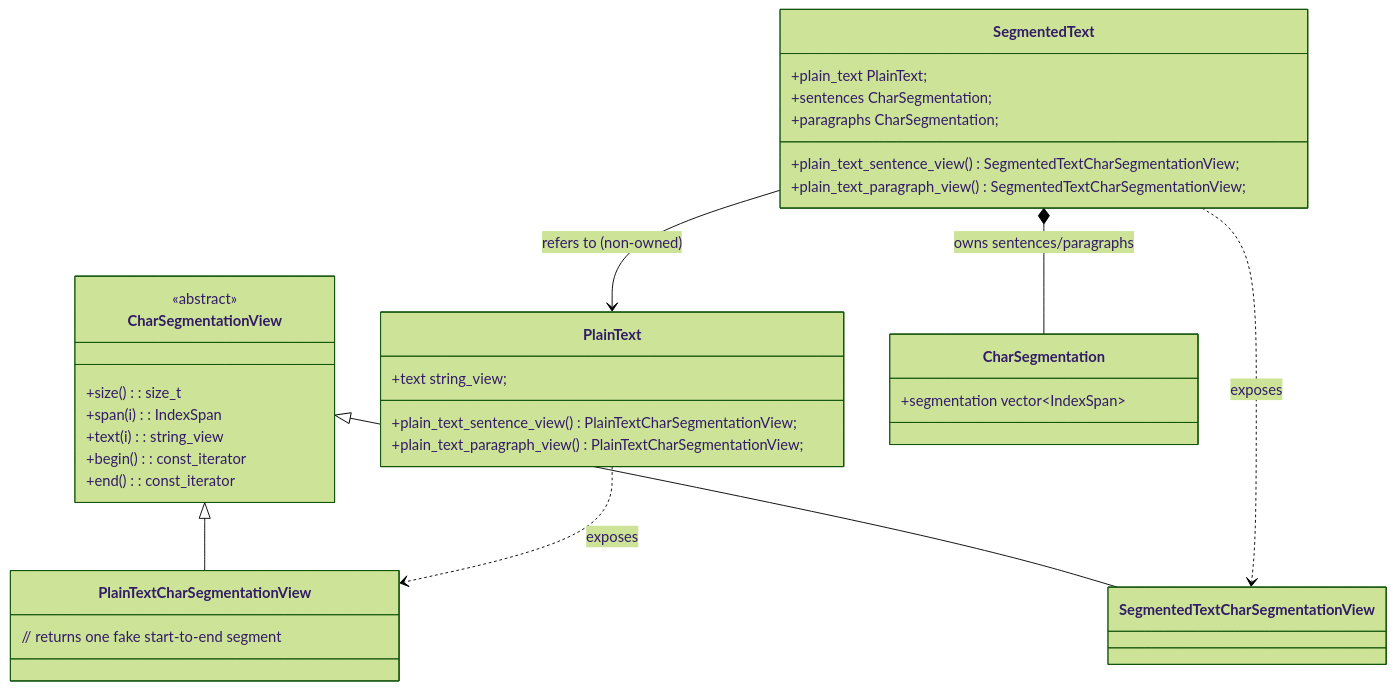
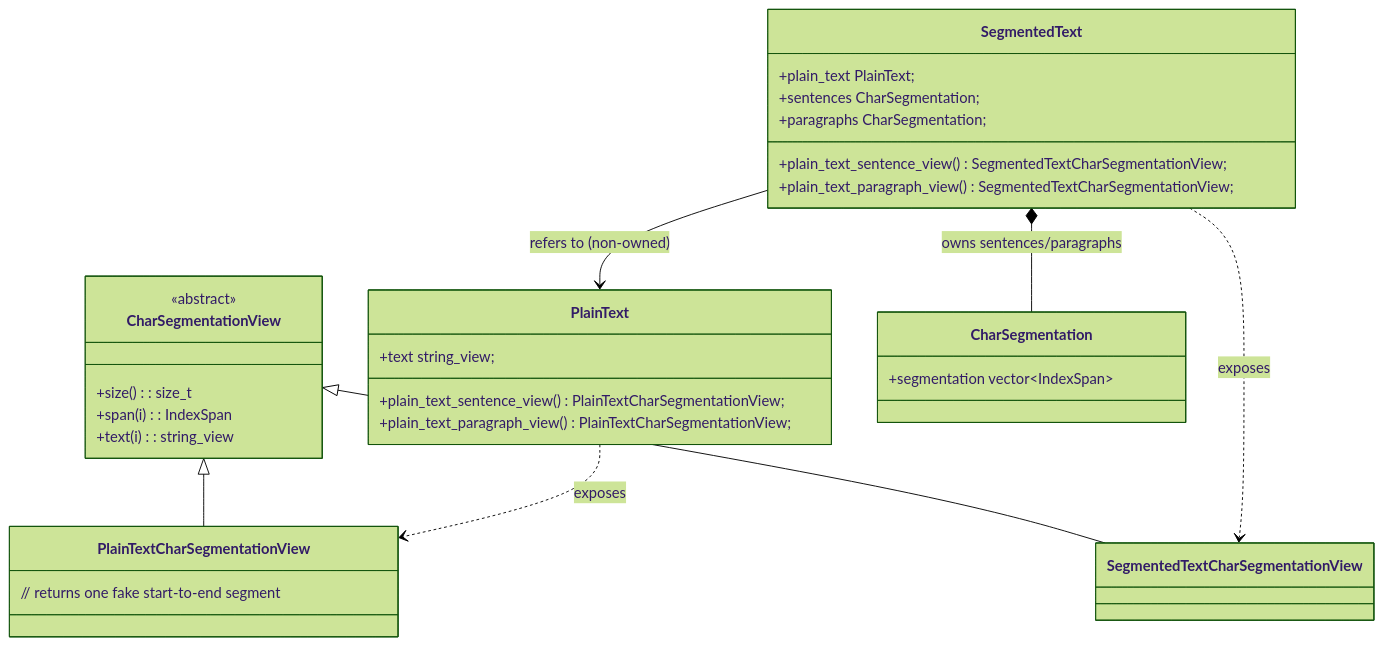
Before and after one commit to ufal/linpipe: the third of 4 diagrams in docs/src/dev/segmentation_tokenization.md, drawn with Mermaid (forest theme). The commit also changed other lines of this file, not shown here.

````diff
--- a/docs/src/dev/segmentation_tokenization.md
+++ b/docs/src/dev/segmentation_tokenization.md
@@ -77,45 +77,43 @@
 ```mermaid
 classDiagram
     class CharSegmentationView {
         <<abstract>>
 
         +size(): size_t
         +span(i): IndexSpan
         +text(i): string_view
-        +begin(): const_iterator
-        +end(): const_iterator
     }
 
     class PlainTextCharSegmentationView {
         // returns one fake start-to-end segment
     }
 
     class SegmentedTextCharSegmentationView {
     }
 
     CharSegmentationView <|-- PlainTextCharSegmentationView
     CharSegmentationView <|-- SegmentedTextCharSegmentationView
 
     class PlainText {
         +text string_view;
         +plain_text_sentence_view() PlainTextCharSegmentationView;
         +plain_text_paragraph_view() PlainTextCharSegmentationView;
     }
 
     class CharSegmentation {
         +segmentation vector~IndexSpan~
     }
 
     class SegmentedText {
         +plain_text PlainText;
         +sentences CharSegmentation;
         +paragraphs CharSegmentation;
         +plain_text_sentence_view() SegmentedTextCharSegmentationView;
         +plain_text_paragraph_view() SegmentedTextCharSegmentationView;
     }
 
     SegmentedText *-- CharSegmentation : owns sentences/paragraphs
     SegmentedText --> PlainText : refers to (non-owned)
     PlainText ..> PlainTextCharSegmentationView : exposes
     SegmentedText ..> SegmentedTextCharSegmentationView : exposes
 ```
````
